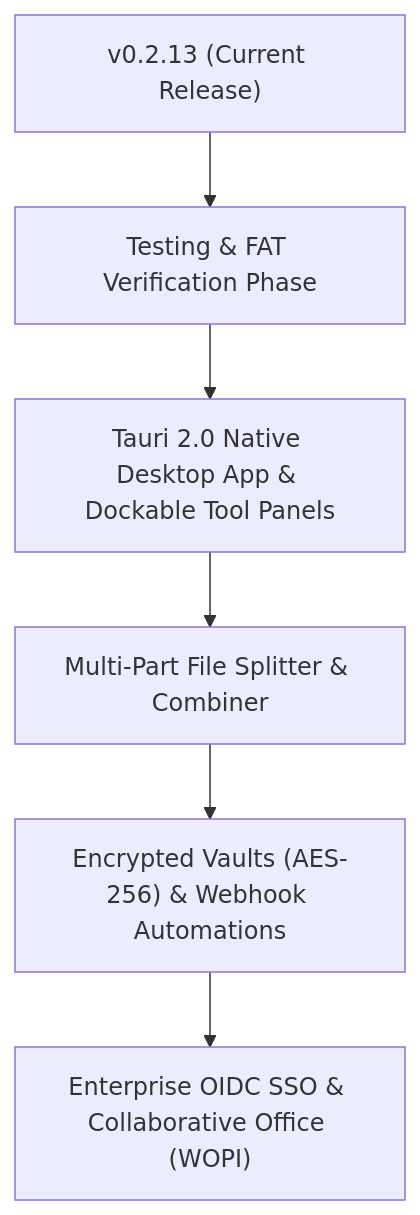
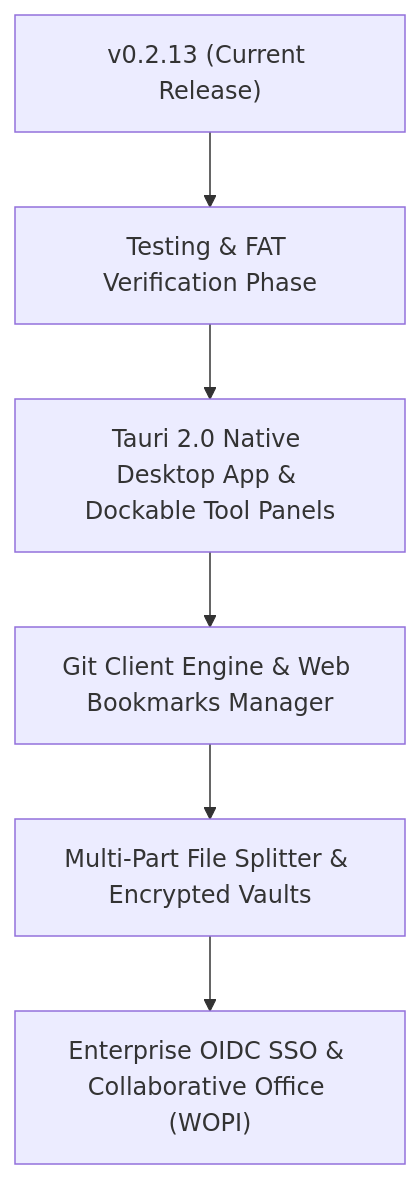
The diagram in ROADMAP.md (Woofson/commanderdog), drawn with Mermaid before and after one commit. The commit also changed other lines of this file and 7 other files, not shown here.

Commit message:
Feat & Docs: toast top-center, pane renaming, web bookmarks, lock-screen timeout fix, Docker/Portainer guides

````diff
--- a/ROADMAP.md
+++ b/ROADMAP.md
@@ -66,8 +80,8 @@
 ```mermaid
 graph TD
     A["v0.2.13 (Current Release)"] --> B["Testing & FAT Verification Phase"]
     B --> C["Tauri 2.0 Native Desktop App & Dockable Tool Panels"]
-    C --> D["Multi-Part File Splitter & Combiner"]
-    D --> E["Encrypted Vaults (AES-256) & Webhook Automations"]
+    C --> D["Git Client Engine & Web Bookmarks Manager"]
+    D --> E["Multi-Part File Splitter & Encrypted Vaults"]
     E --> F["Enterprise OIDC SSO & Collaborative Office (WOPI)"]
 ```
````
